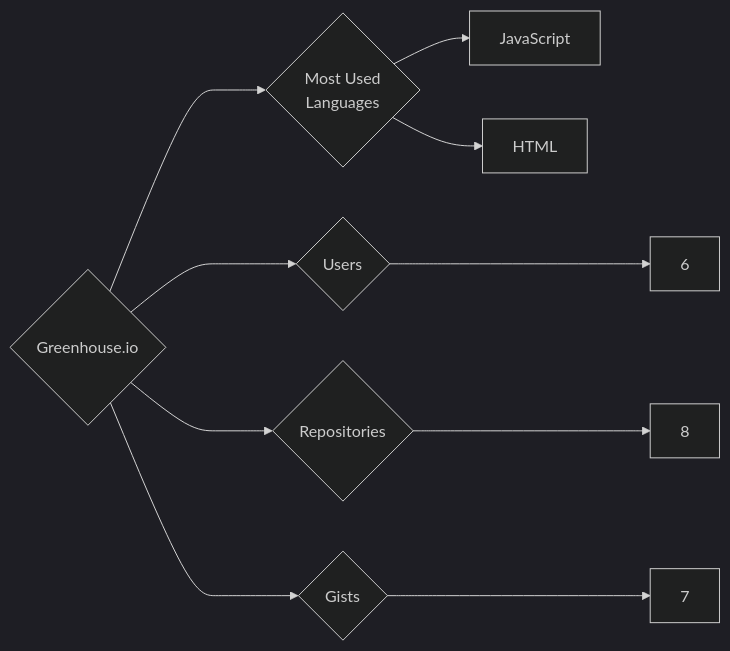
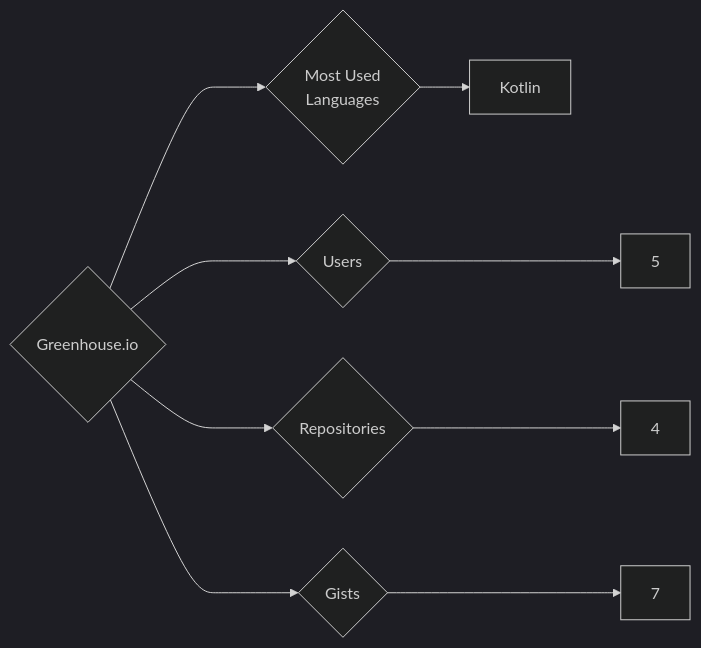
Before and after one commit to trickest/insiders: the diagram in targets/Greenhouse.io/README.md, drawn with Mermaid (dark theme). The commit also changed 1078 other files, not shown here.

````diff
--- a/targets/Greenhouse.io/README.md
+++ b/targets/Greenhouse.io/README.md
@@ -3,10 +3,9 @@
 ```mermaid
 graph LR
 COMPANY_NAME{Greenhouse.io}
-COMPANY_NAME ---> U{Users} ---> UN[6]
-COMPANY_NAME ---> R{Repositories} ---> RN[8]
+COMPANY_NAME ---> U{Users} ---> UN[5]
+COMPANY_NAME ---> R{Repositories} ---> RN[4]
 COMPANY_NAME ---> G{Gists} ---> GN[7]
 COMPANY_NAME ---> ML{Most Used<br>Languages}
-ML --> JavaScript[JavaScript]
-ML --> HTML[HTML]
+ML --> Kotlin[Kotlin]
 ```
````
